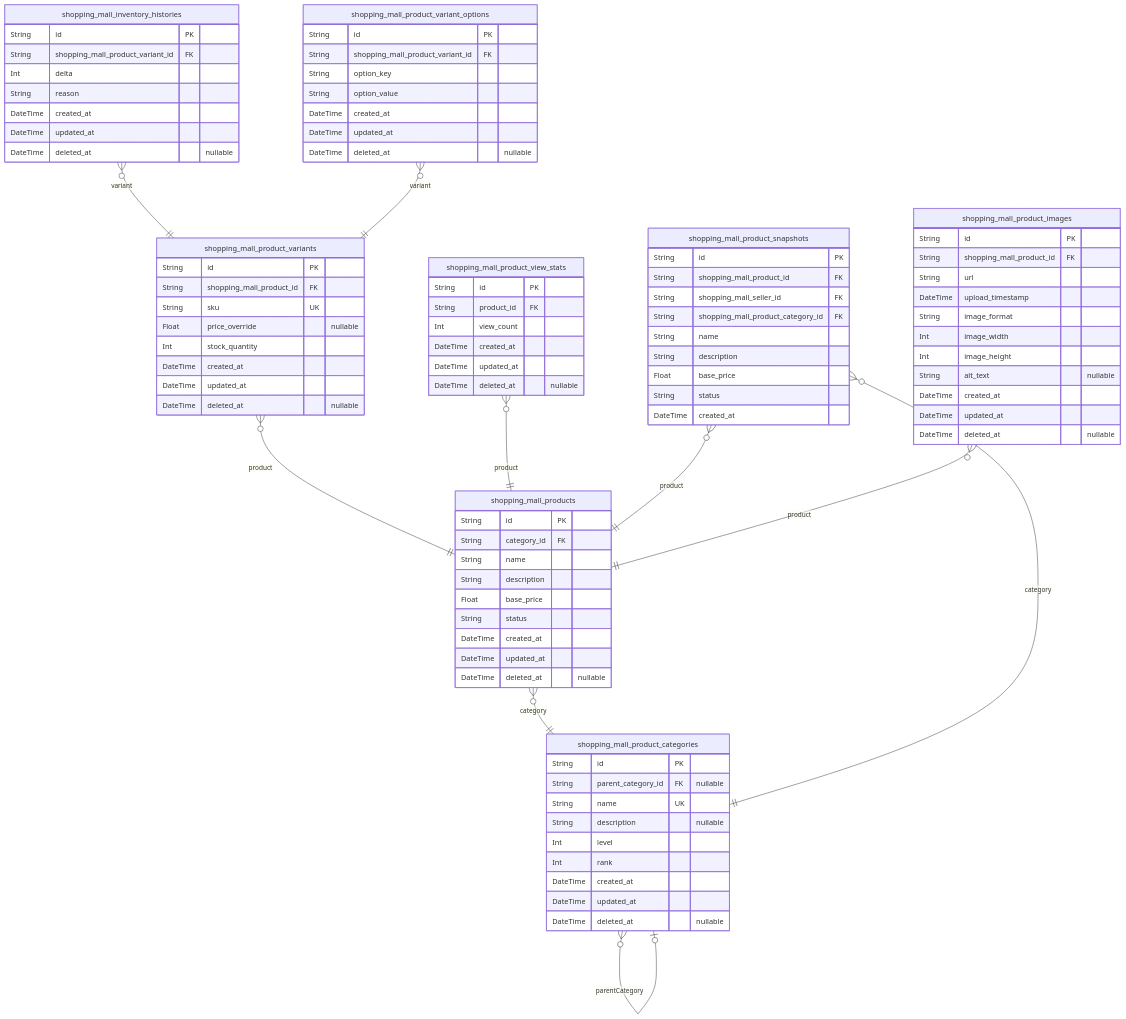
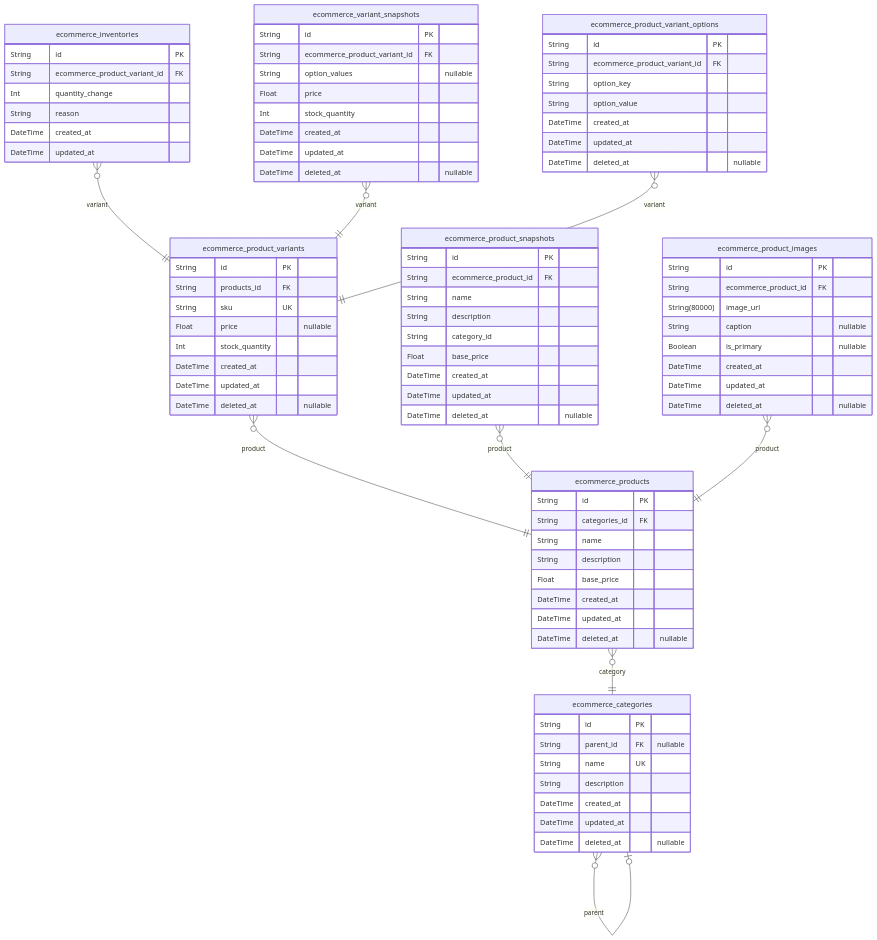
Before and after one commit to wrtnlabs/autobe-examples: the third of 9 diagrams in qwen/qwen3-30b-a3b-thinking-2507/shopping/docs/ERD.md, drawn with Mermaid. The commit also changed other lines of this file and 11104 other files, not shown here.

````diff
--- a/qwen/qwen3-30b-a3b-thinking-2507/shopping/docs/ERD.md
+++ b/qwen/qwen3-30b-a3b-thinking-2507/shopping/docs/ERD.md
@@ -720,94 +518,88 @@
 ```mermaid
 erDiagram
-"shopping_mall_products" {
+"ecommerce_categories" {
   String id PK
-  String category_id FK
-  String name
+  String parent_id FK "nullable"
+  String name UK
   String description
-  Float base_price
-  String status
   DateTime created_at
   DateTime updated_at
   DateTime deleted_at "nullable"
 }
-"shopping_mall_product_variants" {
+"ecommerce_products" {
   String id PK
-  String shopping_mall_product_id FK
+  String categories_id FK
+  String name
+  String description
+  Float base_price
+  DateTime created_at
+  DateTime updated_at
+  DateTime deleted_at "nullable"
+}
+"ecommerce_product_variants" {
+  String id PK
+  String products_id FK
   String sku UK
-  Float price_override "nullable"
+  Float price "nullable"
   Int stock_quantity
   DateTime created_at
   DateTime updated_at
   DateTime deleted_at "nullable"
 }
-"shopping_mall_product_view_stats" {
+"ecommerce_inventories" {
   String id PK
-  String product_id FK
-  Int view_count
+  String ecommerce_product_variant_id FK
+  Int quantity_change
+  String reason
+  DateTime created_at
+  DateTime updated_at
+}
+"ecommerce_product_snapshots" {
+  String id PK
+  String ecommerce_product_id FK
+  String name
+  String description
+  String category_id
+  Float base_price
   DateTime created_at
   DateTime updated_at
   DateTime deleted_at "nullable"
 }
-"shopping_mall_product_snapshots" {
+"ecommerce_variant_snapshots" {
   String id PK
-  String shopping_mall_product_id FK
-  String shopping_mall_seller_id FK
-  String shopping_mall_product_category_id FK
-  String name
-  String description
-  Float base_price
-  String status
-  DateTime created_at
-}
-"shopping_mall_inventory_histories" {
-  String id PK
-  String shopping_mall_product_variant_id FK
-  Int delta
-  String reason
+  String ecommerce_product_variant_id FK
+  String option_values "nullable"
+  Float price
+  Int stock_quantity
   DateTime created_at
   DateTime updated_at
   DateTime deleted_at "nullable"
 }
-"shopping_mall_product_images" {
+"ecommerce_product_images" {
   String id PK
-  String shopping_mall_product_id FK
-  String url
-  DateTime upload_timestamp
-  String image_format
-  Int image_width
-  Int image_height
-  String alt_text "nullable"
+  String ecommerce_product_id FK
+  String(80000) image_url
+  String caption "nullable"
+  Boolean is_primary "nullable"
   DateTime created_at
   DateTime updated_at
   DateTime deleted_at "nullable"
 }
-"shopping_mall_product_categories" {
+"ecommerce_product_variant_options" {
   String id PK
-  String parent_category_id FK "nullable"
-  String name UK
-  String description "nullable"
-  Int level
-  Int rank
-  DateTime created_at
-  DateTime updated_at
-  DateTime deleted_at "nullable"
-}
-"shopping_mall_product_variant_options" {
-  String id PK
-  String shopping_mall_product_variant_id FK
+  String ecommerce_product_variant_id FK
   String option_key
   String option_value
   DateTime created_at
   DateTime updated_at
   DateTime deleted_at "nullable"
 }
-"shopping_mall_products" }o--|| "shopping_mall_product_categories" : category
-"shopping_mall_product_variants" }o--|| "shopping_mall_products" : product
-"shopping_mall_product_view_stats" }o--|| "shopping_mall_products" : product
-"shopping_mall_product_snapshots" }o--|| "shopping_mall_products" : product
-"shopping_mall_product_snapshots" }o--|| "shopping_mall_product_categories" : category
-"shopping_mall_inventory_histories" }o--|| "shopping_mall_product_variants" : variant
-"shopping_mall_product_images" }o--|| "shopping_mall_products" : product
-"shopping_mall_product_categories" }o--o| "shopping_mall_product_categories" : parentCategory
-"shopping_mall_product_variant_options" }o--|| "shopping_mall_product_variants" : variant
+"ecommerce_categories" }o--o| "ecommerce_categories" : parent
+"ecommerce_products" }o--|| "ecommerce_categories" : category
+"ecommerce_product_variants" }o--|| "ecommerce_products" : product
+"ecommerce_inventories" }o--|| "ecommerce_product_variants" : variant
+"ecommerce_product_snapshots" }o--|| "ecommerce_products" : product
+"ecommerce_variant_snapshots" }o--|| "ecommerce_product_variants" : variant
+"ecommerce_product_images" }o--|| "ecommerce_products" : product
+"ecommerce_product_variant_options" }o--|| "ecommerce_product_variants" : variant
 ```
````
